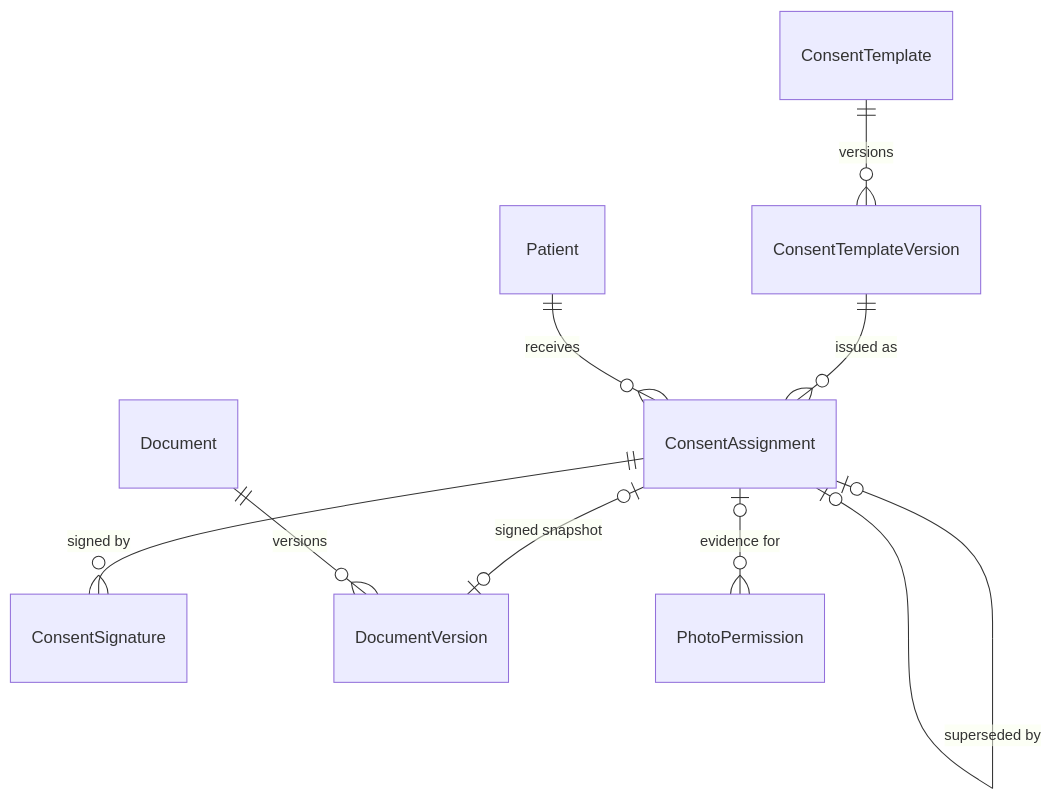
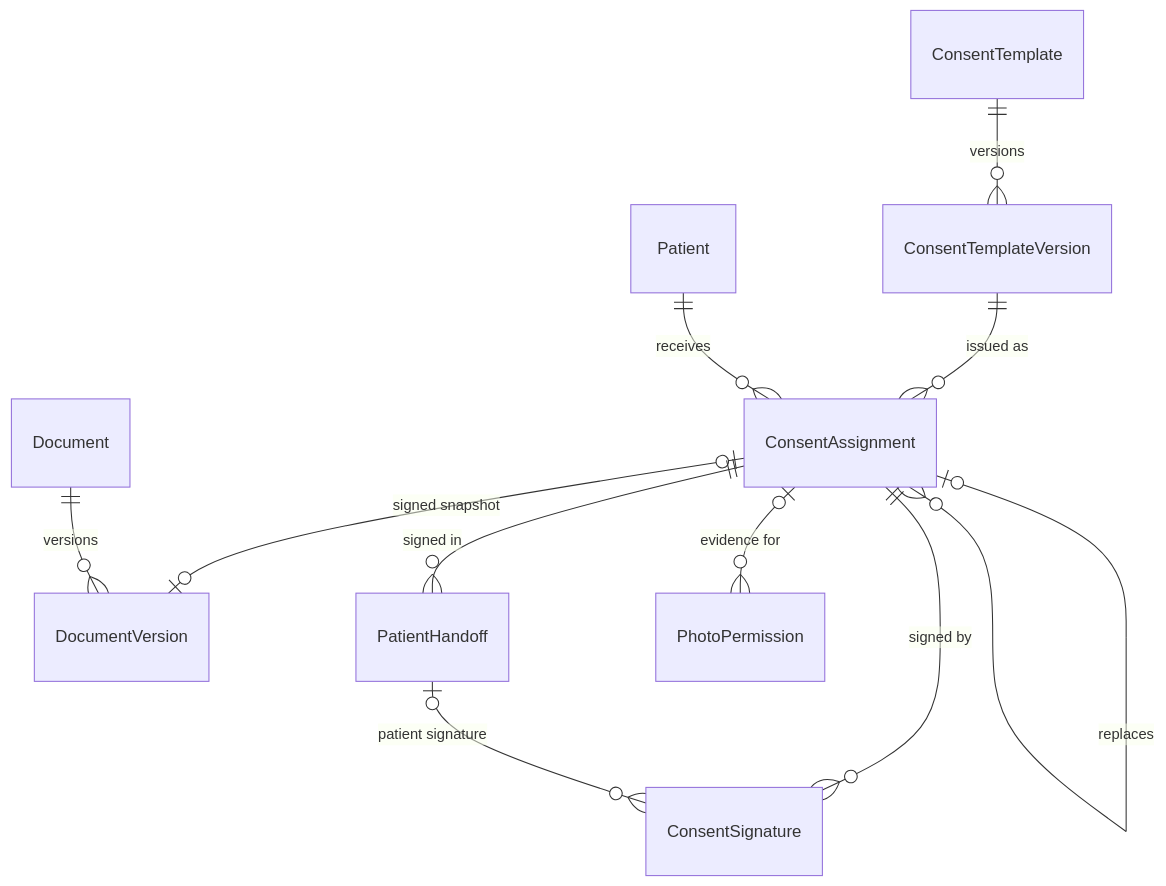
One commit to cgibson24/Aestara changed the first of 3 diagrams in docs/CONSENT_ARCHITECTURE.md. Above: the diagram before and after it, drawn with Mermaid. The commit also changed other lines of this file and 15 other files, not shown here.

````diff
--- a/docs/CONSENT_ARCHITECTURE.md
+++ b/docs/CONSENT_ARCHITECTURE.md
@@ -51,11 +52,14 @@
 ```mermaid
 erDiagram
   ConsentTemplate ||--o{ ConsentTemplateVersion : "versions"
   ConsentTemplateVersion ||--o{ ConsentAssignment : "issued as"
   Patient ||--o{ ConsentAssignment : receives
   ConsentAssignment ||--o{ ConsentSignature : "signed by"
   ConsentAssignment |o--o| DocumentVersion : "signed snapshot"
   Document ||--o{ DocumentVersion : "versions"
   ConsentAssignment |o--o| ConsentAssignment : "superseded by"
+  ConsentAssignment |o--o{ ConsentAssignment : "replaces"
+  ConsentAssignment ||--o{ PatientHandoff : "signed in"
+  PatientHandoff |o--o{ ConsentSignature : "patient signature"
   ConsentAssignment |o--o{ PhotoPermission : "evidence for"
 ```
````
